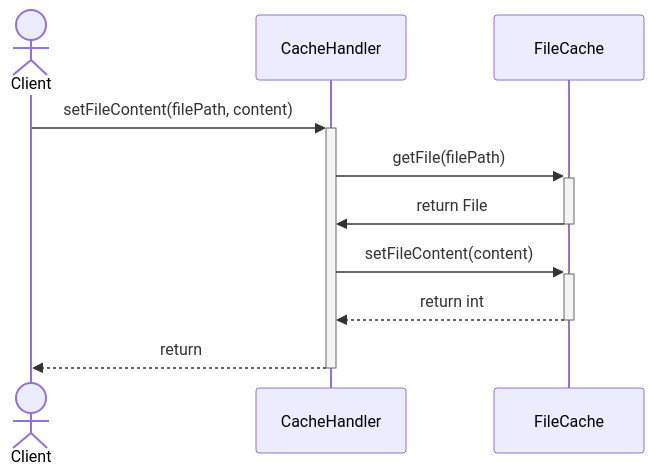
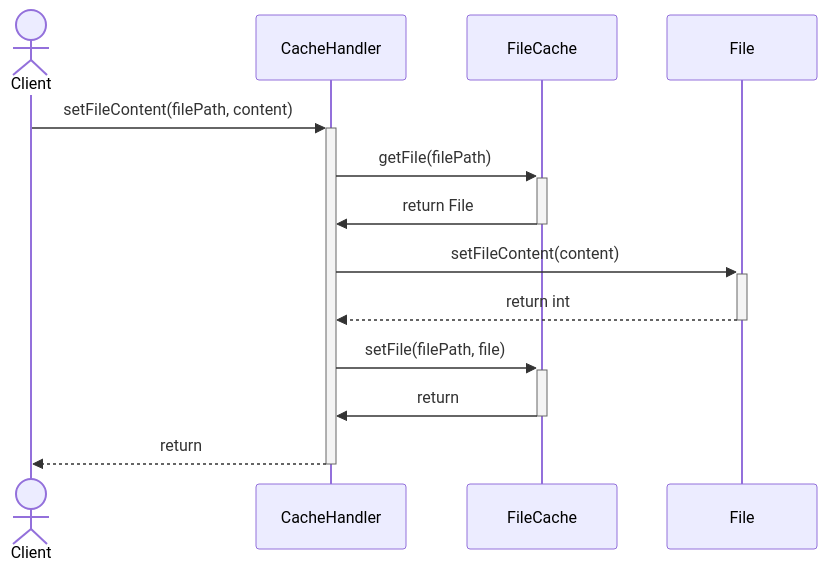
One commit to kaitokimuraofficial/distributed-file-systems changed the fourth of 4 diagrams in diagram/sequence.md. Above: the diagram before and after it, drawn with Mermaid. The commit also changed other lines of this file, not shown here.

````diff
--- a/diagram/sequence.md
+++ b/diagram/sequence.md
@@ -54,14 +55,17 @@
 ```mermaid
 sequenceDiagram
 
   actor C as Client
   participant CH as CacheHandler
   participant FC as FileCache
+  participant F as File
 
   C->>+CH: setFileContent(filePath, content)
   CH->>+FC: getFile(filePath)
   FC->>-CH: return File
-  CH->>+FC: setFileContent(content)
-  FC-->>-CH: return int
+  CH->>+F: setFileContent(content)
+  F-->>-CH: return int
+  CH->>+FC: setFile(filePath, file)
+  FC->>-CH: return
   CH-->>-C:  return 
 ```
````
